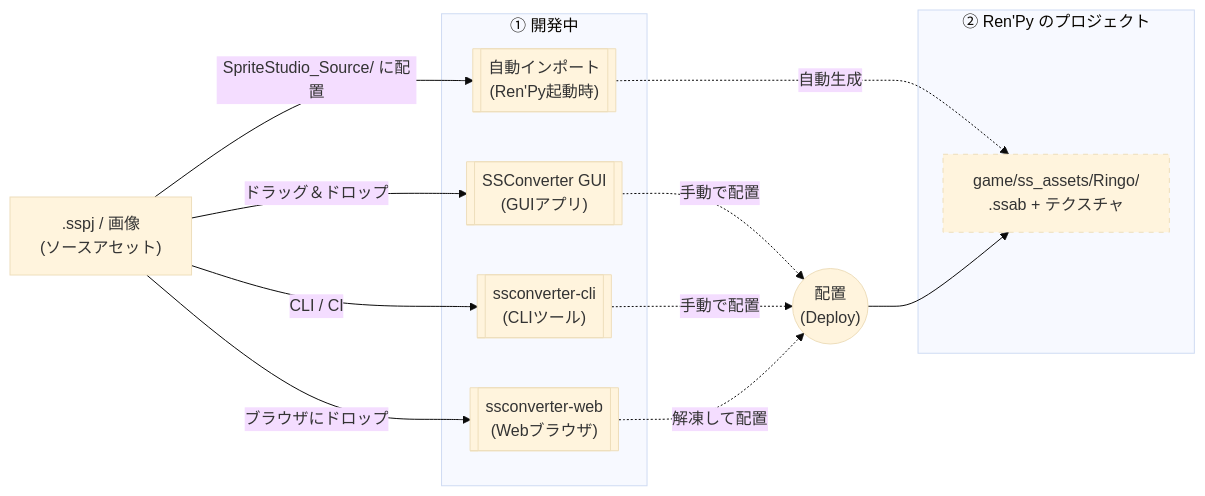
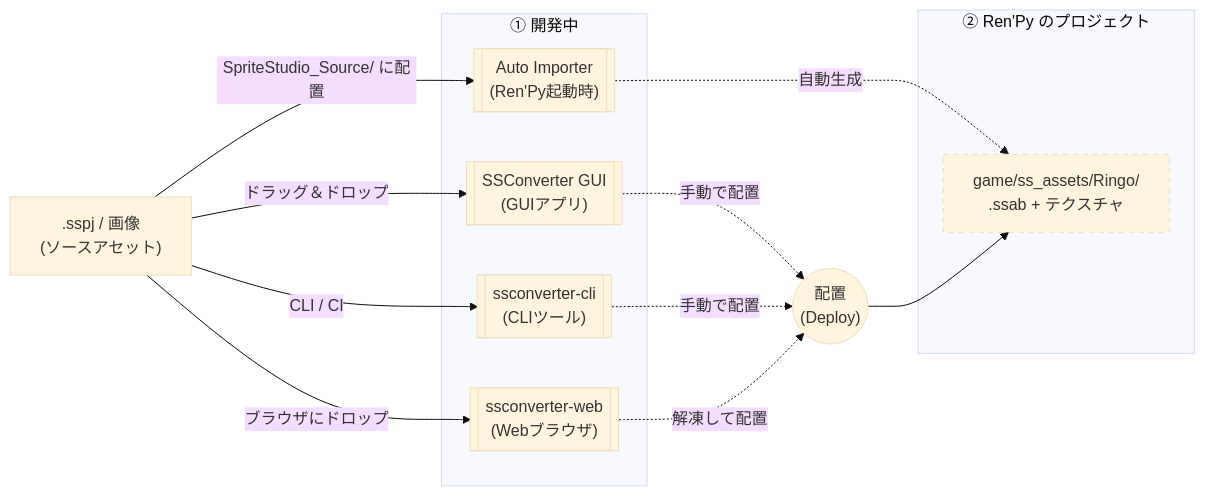
One commit to cri-middleware/SSPlayerForRenPy changed the diagram in docs/ja/import.md. Above: the diagram before and after it, drawn with Mermaid (base theme). The commit also changed other lines of this file and 6 other files, not shown here.

````diff
--- a/docs/ja/import.md
+++ b/docs/ja/import.md
@@ -7,32 +7,32 @@
 ```mermaid
 graph LR
     SS[" .sspj / 画像<br>(ソースアセット) "]
 
     subgraph Convert ["① 開発中"]
-        AUTO[[" 自動インポート<br>(Ren'Py起動時) "]]
+        AUTO[[" Auto Importer<br>(Ren'Py起動時) "]]
         GUI[[" SSConverter GUI<br>(GUIアプリ) "]]
         CLI[[" ssconverter-cli<br>(CLIツール) "]]
         WEB[[" ssconverter-web<br>(Webブラウザ) "]]
     end
 
     DEPLOY(("配置<br>(Deploy)"))
 
     subgraph RenPy ["② Ren'Py のプロジェクト"]
         BIN[" game/ss_assets/Ringo/<br>.ssab + テクスチャ "]
     end
 
     SS -- "SpriteStudio_Source/ に配置" --> AUTO
     SS -- "ドラッグ＆ドロップ" --> GUI
     SS -- "CLI / CI" --> CLI
     SS -- "ブラウザにドロップ" --> WEB
     
     AUTO -. "自動生成" .-> BIN
     GUI -. "手動で配置" .-> DEPLOY
     CLI -. "手動で配置" .-> DEPLOY
     WEB -. "解凍して配置" .-> DEPLOY
     
     DEPLOY --> BIN
 
     classDef generated stroke-dasharray: 5 5;
     class BIN generated;
 ```
````
